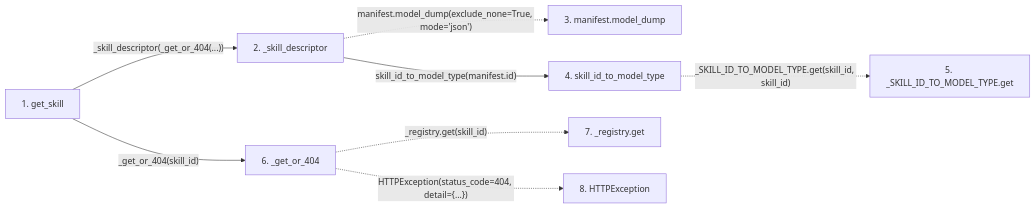
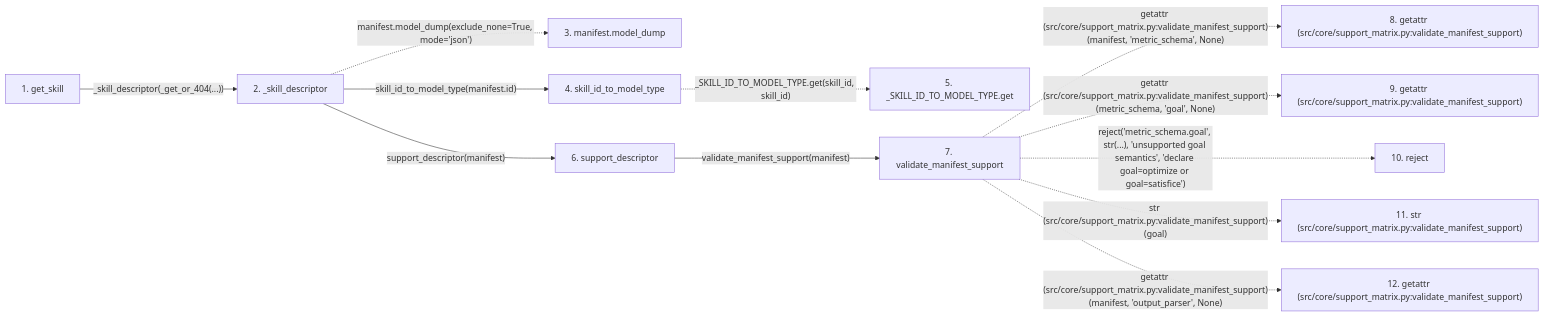
One commit to Denissvgn/autoresearch-agent changed the second of 2 diagrams in docs/llm_wiki/flows/http-get_skill.md. Above: the diagram before and after it, drawn with Mermaid. The commit also changed other lines of this file and 1033 other files, not shown here.

````diff
--- a/docs/llm_wiki/flows/http-get_skill.md
+++ b/docs/llm_wiki/flows/http-get_skill.md
@@ -39,22 +83,31 @@
 ```mermaid
 flowchart LR
     s1["1. get_skill"]
     s2["2. _skill_descriptor"]
     s3["3. manifest.model_dump"]
     s4["4. skill_id_to_model_type"]
     s5["5. _SKILL_ID_TO_MODEL_TYPE.get"]
-    s6["6. _get_or_404"]
-    s7["7. _registry.get"]
-    s8["8. HTTPException"]
+    s6["6. support_descriptor"]
+    s7["7. validate_manifest_support"]
+    s8["8. getattr (src/core/support_matrix.py:validate_manifest_support)"]
+    s9["9. getattr (src/core/support_matrix.py:validate_manifest_support)"]
+    s10["10. reject"]
+    s11["11. str (src/core/support_matrix.py:validate_manifest_support)"]
+    s12["12. getattr (src/core/support_matrix.py:validate_manifest_support)"]
     s1 -->|"_skill_descriptor(_get_or_404(...))"| s2
     s2 -. "manifest.model_dump(exclude_none=True, mode='json')" .-> s3
     s2 -->|"skill_id_to_model_type(manifest.id)"| s4
     s4 -. "_SKILL_ID_TO_MODEL_TYPE.get(skill_id, skill_id)" .-> s5
-    s1 -->|"_get_or_404(skill_id)"| s6
-    s6 -. "_registry.get(skill_id)" .-> s7
-    s6 -. "HTTPException(status_code=404, detail={...})" .-> s8
+    s2 -->|"support_descriptor(manifest)"| s6
+    s6 -->|"validate_manifest_support(manifest)"| s7
+    s7 -. "getattr (src/core/support_matrix.py:validate_manifest_support)(manifest, 'metric_schema', None)" .-> s8
+    s7 -. "getattr (src/core/support_matrix.py:validate_manifest_support)(metric_schema, 'goal', None)" .-> s9
+    s7 -. "reject('metric_schema.goal', str(...), 'unsupported goal semantics', 'declare goal=optimize or goal=satisfice')" .-> s10
+    s7 -. "str (src/core/support_matrix.py:validate_manifest_support)(goal)" .-> s11
+    s7 -. "getattr (src/core/support_matrix.py:validate_manifest_support)(manifest, 'output_parser', None)" .-> s12
     click s1 "../modules/src_api_skills.md"
     click s2 "../modules/src_api_skills.md"
     click s4 "../modules/compat_legacy_alias.md"
-    click s6 "../modules/src_api_skills.md"
+    click s6 "../modules/support_matrix.md"
+    click s7 "../modules/support_matrix.md"
 ```
````
